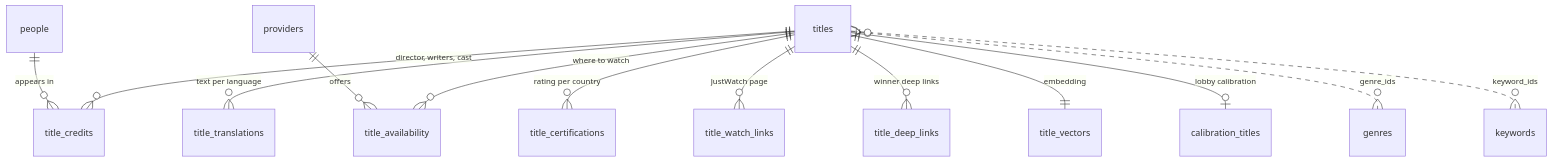
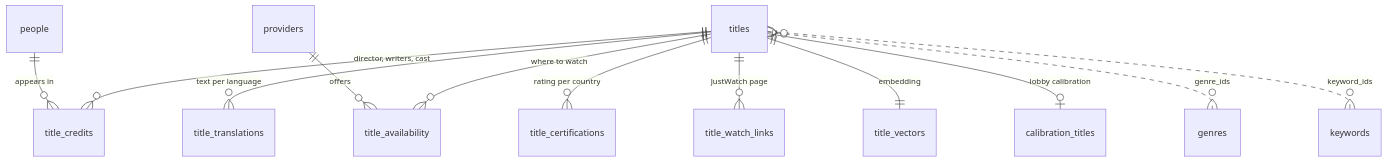
Before and after one commit to harryviennot/flimme: the third of 10 diagrams in docs/architecture/data-model.md, drawn with Mermaid. The commit also changed other lines of this file and 6 other files, not shown here.

First line of the commit message:
M1.6 Remove what v1 dropped: `title_deep_links`, `providers.streaming_availability_id`, the `winner_links` queue, the `result` event (#22)

````diff
--- a/docs/architecture/data-model.md
+++ b/docs/architecture/data-model.md
@@ -180,15 +177,14 @@
 ```mermaid
 erDiagram
   titles ||--o{ title_translations : "text per language"
   titles ||--o{ title_credits : "director, writers, cast"
   people ||--o{ title_credits : "appears in"
   titles ||--o{ title_certifications : "rating per country"
   titles ||--o{ title_availability : "where to watch"
   providers ||--o{ title_availability : "offers"
   titles ||--o{ title_watch_links : "JustWatch page"
-  titles ||--o{ title_deep_links : "winner deep links"
   titles ||--|| title_vectors : "embedding"
   titles ||--o| calibration_titles : "lobby calibration"
   titles }o..o{ genres : "genre_ids"
   titles }o..o{ keywords : "keyword_ids"
 ```
````
